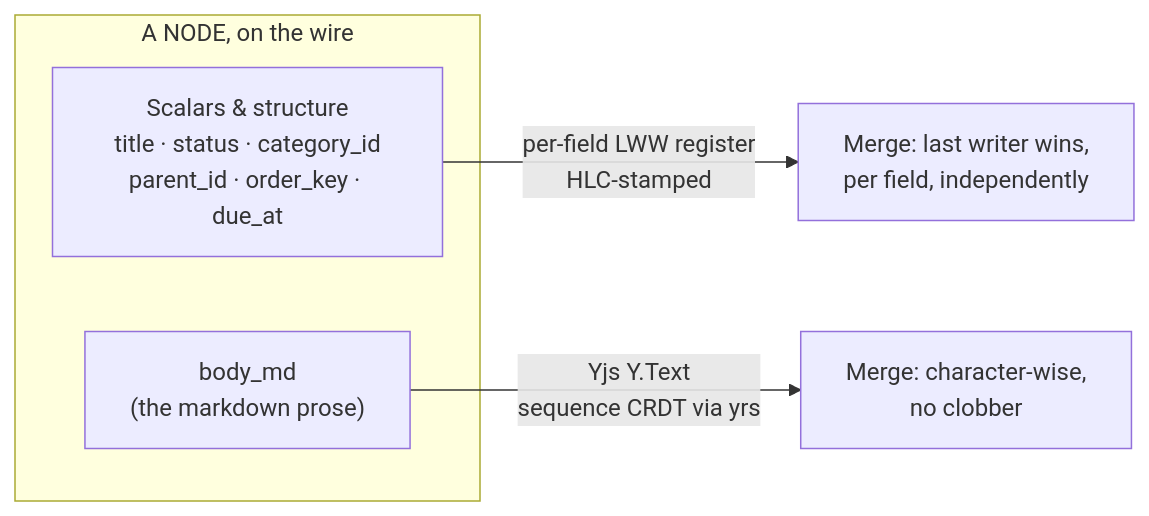
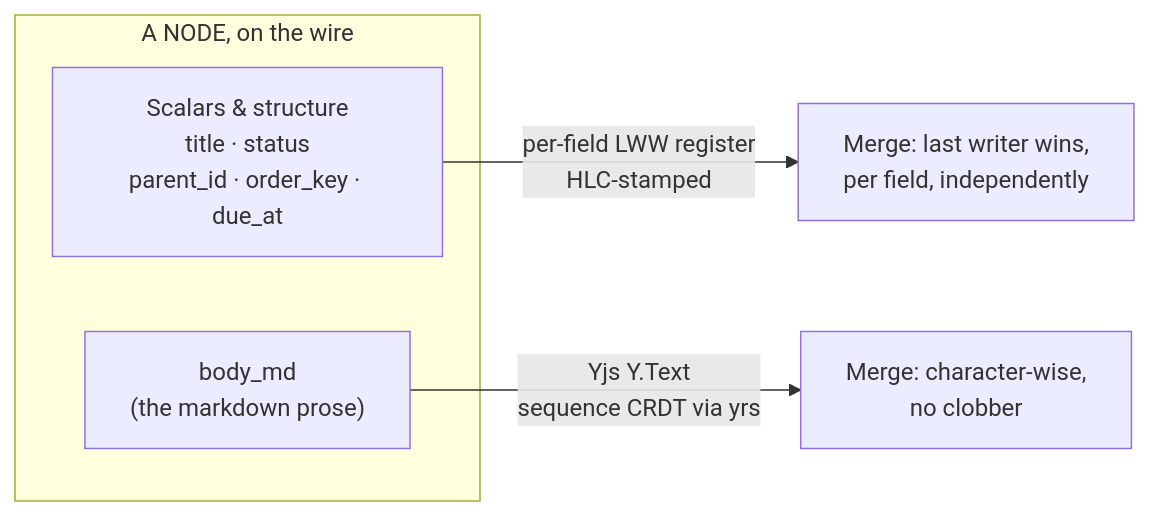
The second of 4 diagrams in projects/todo-app/docs/03-data-model.md (erancihan/erancihan), drawn with Mermaid before and after one commit. The commit also changed other lines of this file and 5 other files, not shown here.

````diff
--- a/projects/todo-app/docs/03-data-model.md
+++ b/projects/todo-app/docs/03-data-model.md
@@ -228,9 +277,9 @@
 ```mermaid
 flowchart LR
     subgraph NODE["A NODE, on the wire"]
-        A["Scalars & structure<br/>title · status · category_id<br/>parent_id · order_key · due_at"]
+        A["Scalars & structure<br/>title · status<br/>parent_id · order_key · due_at"]
         B["body_md<br/>(the markdown prose)"]
     end
     A -->|per-field LWW register<br/>HLC-stamped| M1["Merge: last writer wins,<br/>per field, independently"]
     B -->|Yjs Y.Text<br/>sequence CRDT via yrs| M2["Merge: character-wise,<br/>no clobber"]
 ```
````
